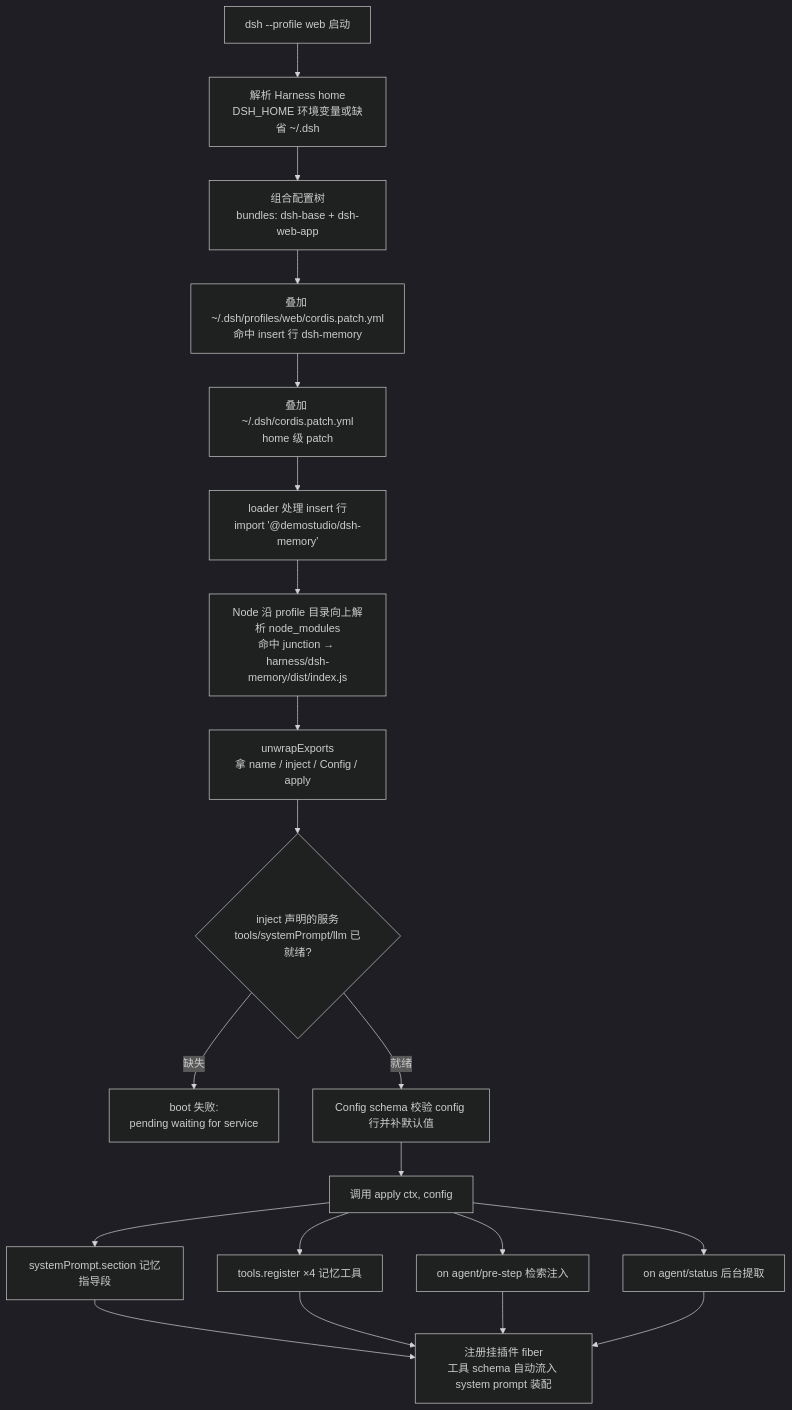
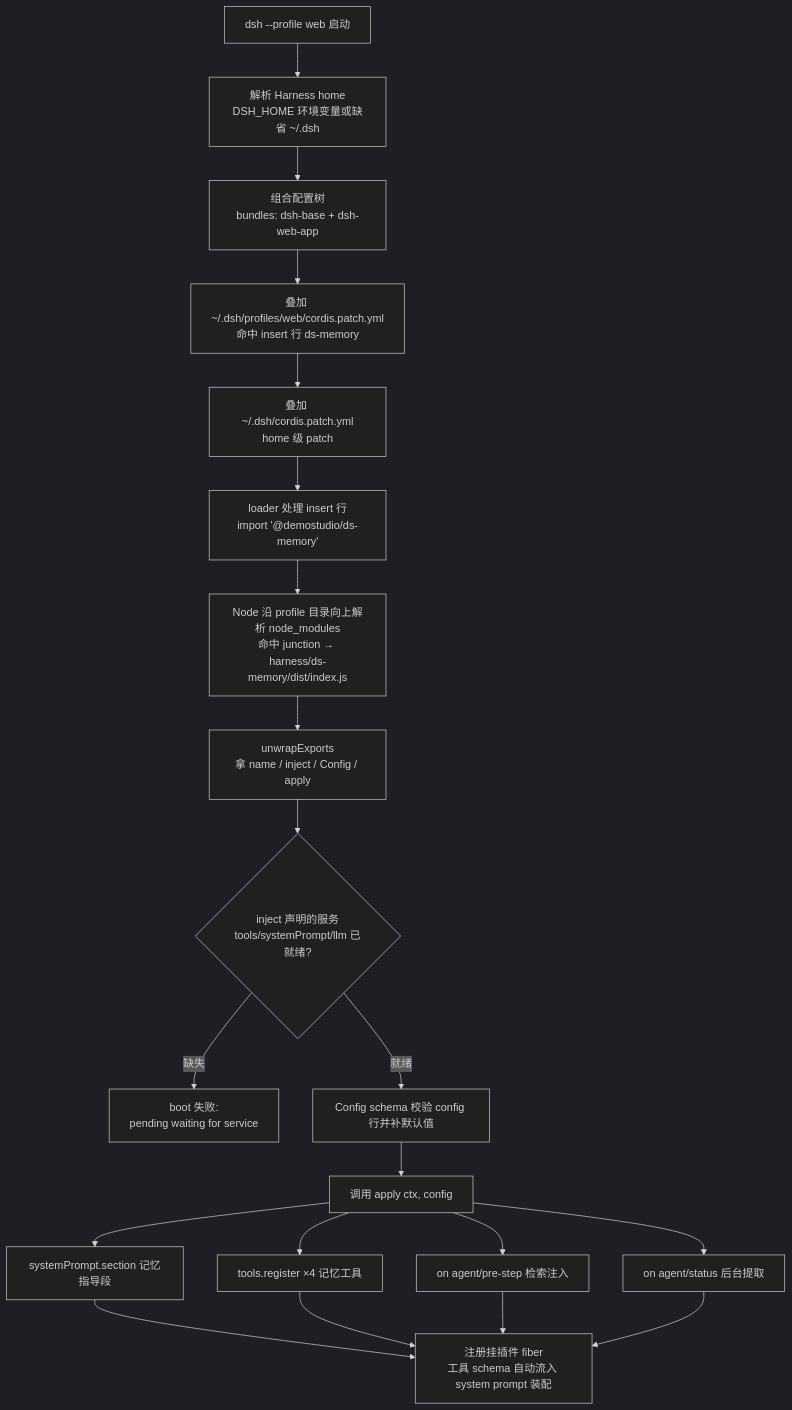
The diagram in doc/harness/dsh_plugin_install.md (Kaplc/DemoStudio), drawn with Mermaid (dark theme) before and after one commit. The commit also changed other lines of this file and 149 other files, not shown here.

````diff
--- a/doc/harness/dsh_plugin_install.md
+++ b/doc/harness/dsh_plugin_install.md
@@ -135,19 +135,19 @@
 ```mermaid
 flowchart TD
     A[dsh --profile web 启动] --> B[解析 Harness home<br/>DSH_HOME 环境变量或缺省 ~/.dsh]
     B --> C[组合配置树<br/>bundles: dsh-base + dsh-web-app]
-    C --> D[叠加 ~/.dsh/profiles/web/cordis.patch.yml<br/>命中 insert 行 dsh-memory]
+    C --> D[叠加 ~/.dsh/profiles/web/cordis.patch.yml<br/>命中 insert 行 ds-memory]
     D --> E[叠加 ~/.dsh/cordis.patch.yml<br/>home 级 patch]
-    E --> F[loader 处理 insert 行<br/>import '@demostudio/dsh-memory']
-    F --> G[Node 沿 profile 目录向上解析 node_modules<br/>命中 junction → harness/dsh-memory/dist/index.js]
+    E --> F[loader 处理 insert 行<br/>import '@demostudio/ds-memory']
+    F --> G[Node 沿 profile 目录向上解析 node_modules<br/>命中 junction → harness/ds-memory/dist/index.js]
     G --> H[unwrapExports<br/>拿 name / inject / Config / apply]
     H --> I{inject 声明的服务<br/>tools/systemPrompt/llm 已就绪?}
     I -->|缺失| X1[boot 失败:<br/>pending waiting for service]
     I -->|就绪| J[Config schema 校验 config 行并补默认值]
     J --> K[调用 apply ctx, config]
     K --> K1[systemPrompt.section 记忆指导段]
     K --> K2[tools.register ×4 记忆工具]
     K --> K3[on agent/pre-step 检索注入]
     K --> K4[on agent/status 后台提取]
     K1 & K2 & K3 & K4 --> L[注册挂插件 fiber<br/>工具 schema 自动流入 system prompt 装配]
 ```
````
